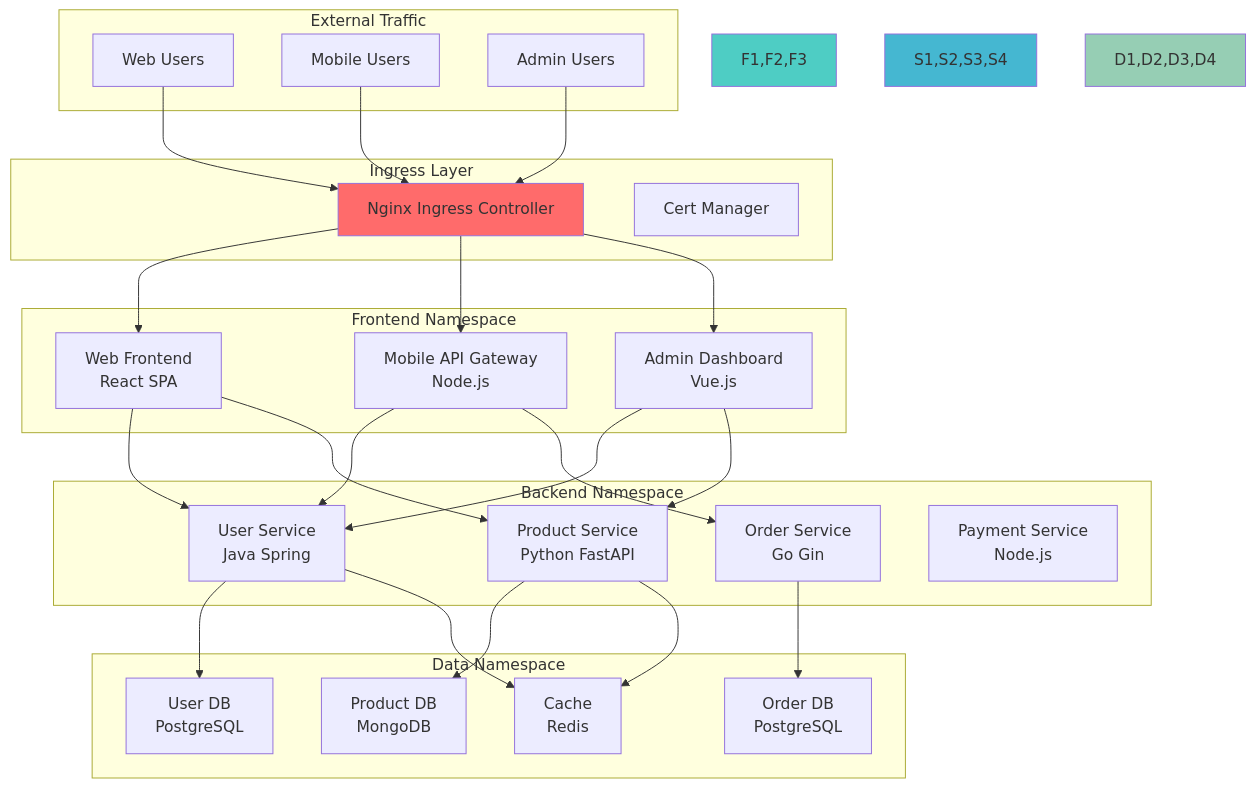
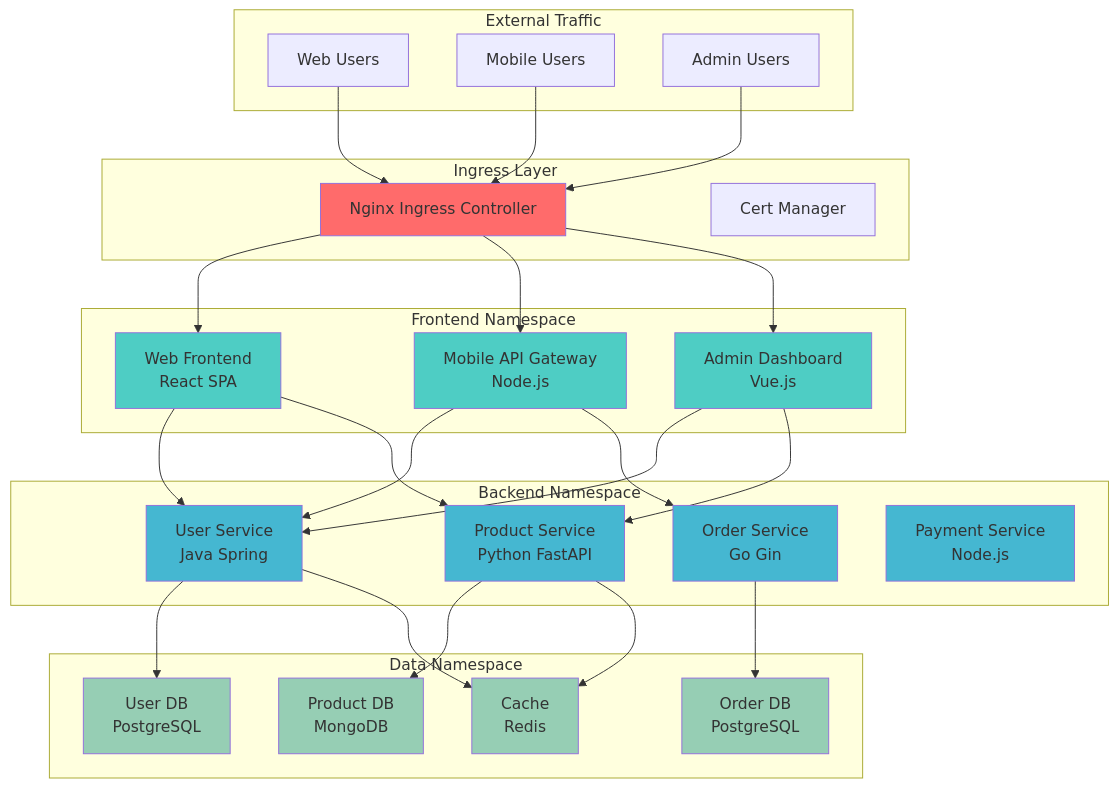
One commit to niceguy61/kdt_devops_lecture_2025 changed the diagram in theory/week_03/day3/challenge_2.md. Above: the diagram before and after it, drawn with Mermaid.

Commit message:
mermaid style mod

````diff
--- a/theory/week_03/day3/challenge_2.md
+++ b/theory/week_03/day3/challenge_2.md
@@ -62,59 +62,67 @@
 ```mermaid
 graph TB
     subgraph "External Traffic"
         U1[Web Users]
         U2[Mobile Users]
         U3[Admin Users]
     end
     
     subgraph "Ingress Layer"
         I[Nginx Ingress Controller]
         C[Cert Manager]
     end
     
     subgraph "Frontend Namespace"
         F1[Web Frontend<br/>React SPA]
         F2[Mobile API Gateway<br/>Node.js]
         F3[Admin Dashboard<br/>Vue.js]
     end
     
     subgraph "Backend Namespace"
         S1[User Service<br/>Java Spring]
         S2[Product Service<br/>Python FastAPI]
         S3[Order Service<br/>Go Gin]
         S4[Payment Service<br/>Node.js]
     end
     
     subgraph "Data Namespace"
         D1[User DB<br/>PostgreSQL]
         D2[Product DB<br/>MongoDB]
         D3[Order DB<br/>PostgreSQL]
         D4[Cache<br/>Redis]
     end
     
     U1 --> I
     U2 --> I
     U3 --> I
     
     I --> F1
     I --> F2
     I --> F3
     
     F1 --> S1
     F1 --> S2
     F2 --> S1
     F2 --> S3
     F3 --> S1
     F3 --> S2
     
     S1 --> D1
     S2 --> D2
     S3 --> D3
     S1 --> D4
     S2 --> D4
     
     style I fill:#ff6b6b
-    style F1,F2,F3 fill:#4ecdc4
-    style S1,S2,S3,S4 fill:#45b7d1
-    style D1,D2,D3,D4 fill:#96ceb4
+    style F1 fill:#4ecdc4
+    style F2 fill:#4ecdc4
+    style F3 fill:#4ecdc4
+    style S1 fill:#45b7d1
+    style S2 fill:#45b7d1
+    style S3 fill:#45b7d1
+    style S4 fill:#45b7d1
+    style D1 fill:#96ceb4
+    style D2 fill:#96ceb4
+    style D3 fill:#96ceb4
+    style D4 fill:#96ceb4
 ```
````
